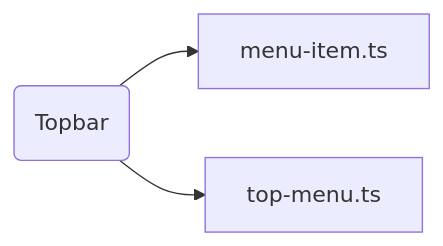
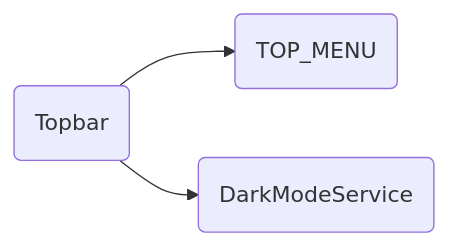
The diagram in docs/components/topbar.component.md (lancastmx/POC_admin_migala), drawn with Mermaid before and after one commit. The commit also changed other lines of this file and 29 other files, not shown here.

````diff
--- a/docs/components/topbar.component.md
+++ b/docs/components/topbar.component.md
@@ -55,5 +57,5 @@
 ```mermaid
 graph LR
-  comp-002(Topbar) --> menu-item.ts
-  comp-002 --> top-menu.ts
+  comp-002(Topbar) --> data-004(TOP_MENU)
+  comp-002(Topbar) --> serv-002(DarkModeService)
 ```
````
